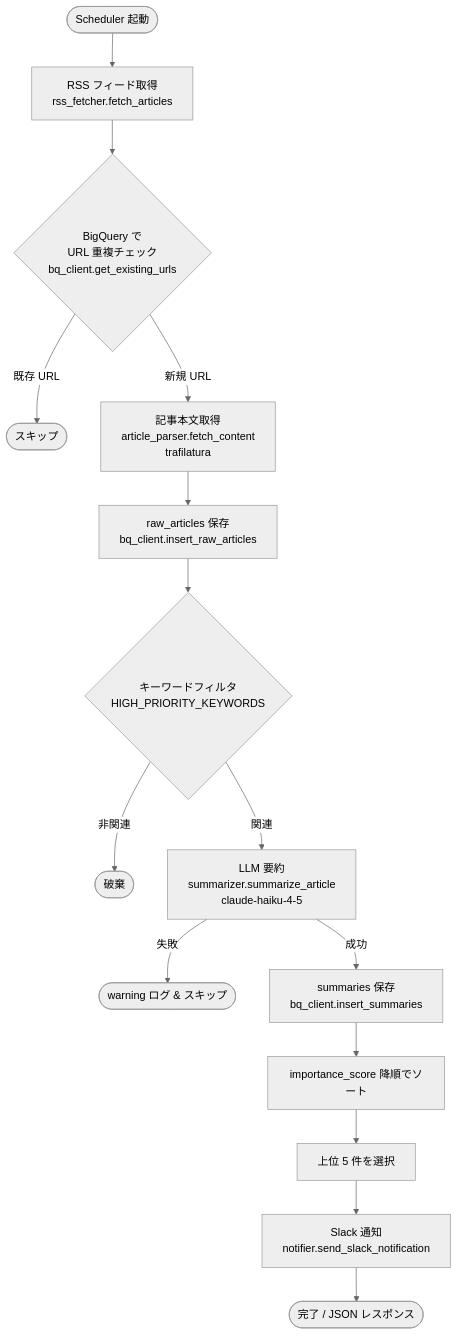
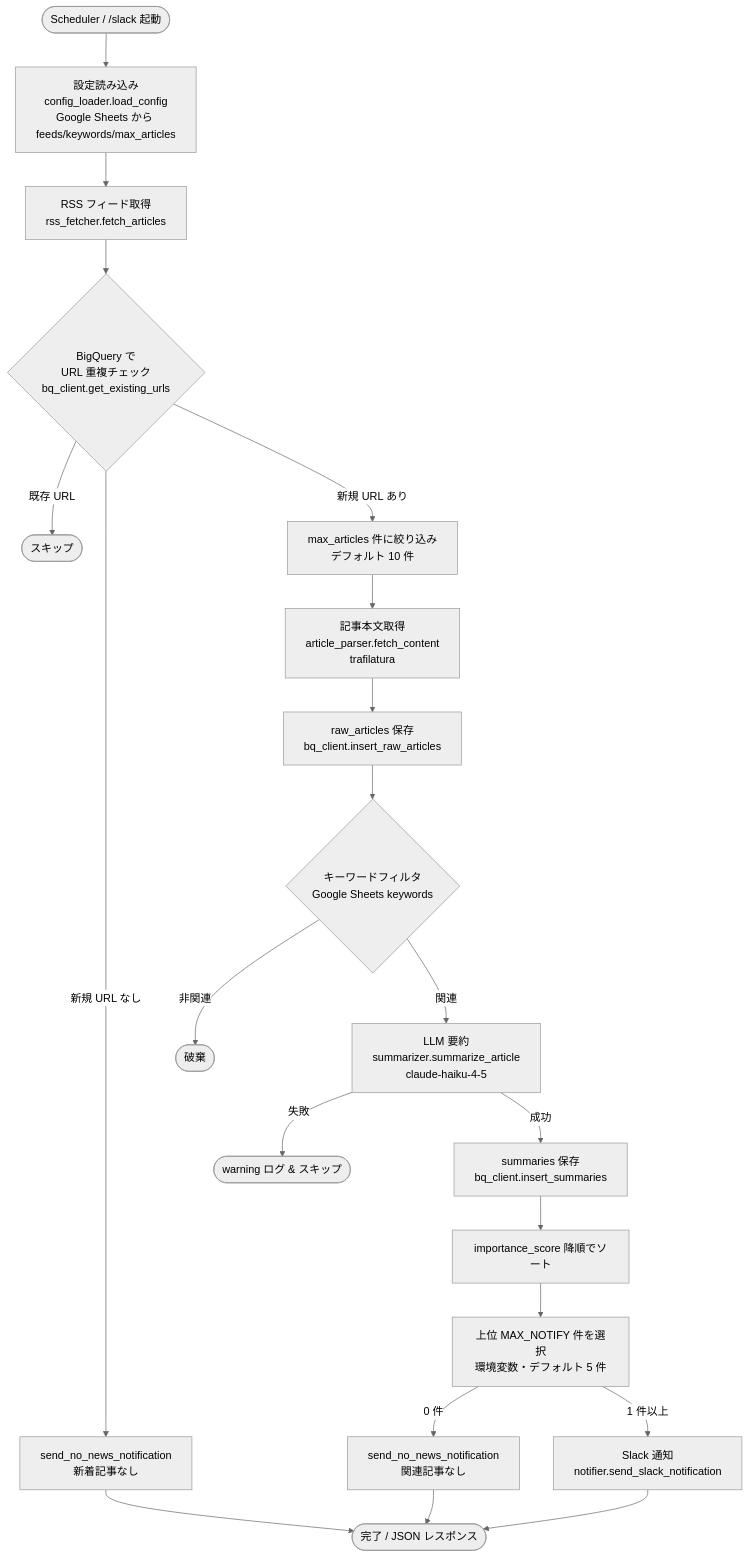
One commit to mishi5/data-platform-handson changed the second of 6 diagrams in docs/news-pipeline-architecture.md. Above: the diagram before and after it, drawn with Mermaid (neutral theme). The commit also changed other lines of this file and 9 other files, not shown here.

````diff
--- a/docs/news-pipeline-architecture.md
+++ b/docs/news-pipeline-architecture.md
@@ -33,17 +37,23 @@
 ```mermaid
 flowchart TD
-    START([Scheduler 起動]) --> FETCH[RSS フィード取得<br/>rss_fetcher.fetch_articles]
+    START([Scheduler / /slack 起動]) --> CONFIG[設定読み込み<br/>config_loader.load_config<br/>Google Sheets から feeds/keywords/max_articles]
+    CONFIG --> FETCH[RSS フィード取得<br/>rss_fetcher.fetch_articles]
     FETCH --> DEDUP{BigQuery で<br/>URL 重複チェック<br/>bq_client.get_existing_urls}
     DEDUP -->|既存 URL| SKIP([スキップ])
-    DEDUP -->|新規 URL| PARSE[記事本文取得<br/>article_parser.fetch_content<br/>trafilatura]
+    DEDUP -->|新規 URL なし| NO_NEWS1[send_no_news_notification<br/>新着記事なし]
+    DEDUP -->|新規 URL あり| LIMIT[max_articles 件に絞り込み<br/>デフォルト 10 件]
+    LIMIT --> PARSE[記事本文取得<br/>article_parser.fetch_content<br/>trafilatura]
     PARSE --> SAVE_RAW[raw_articles 保存<br/>bq_client.insert_raw_articles]
-    SAVE_RAW --> FILTER{キーワードフィルタ<br/>HIGH_PRIORITY_KEYWORDS}
+    SAVE_RAW --> FILTER{キーワードフィルタ<br/>Google Sheets keywords}
     FILTER -->|非関連| DROP([破棄])
     FILTER -->|関連| SUMMARIZE[LLM 要約<br/>summarizer.summarize_article<br/>claude-haiku-4-5]
     SUMMARIZE -->|失敗| WARN([warning ログ & スキップ])
     SUMMARIZE -->|成功| SAVE_SUM[summaries 保存<br/>bq_client.insert_summaries]
     SAVE_SUM --> SORT[importance_score 降順でソート]
-    SORT --> TOP5[上位 5 件を選択]
-    TOP5 --> NOTIFY[Slack 通知<br/>notifier.send_slack_notification]
+    SORT --> TOPN[上位 MAX_NOTIFY 件を選択<br/>環境変数・デフォルト 5 件]
+    TOPN -->|0 件| NO_NEWS2[send_no_news_notification<br/>関連記事なし]
+    TOPN -->|1 件以上| NOTIFY[Slack 通知<br/>notifier.send_slack_notification]
     NOTIFY --> END([完了 / JSON レスポンス])
+    NO_NEWS1 --> END
+    NO_NEWS2 --> END
 ```
````
